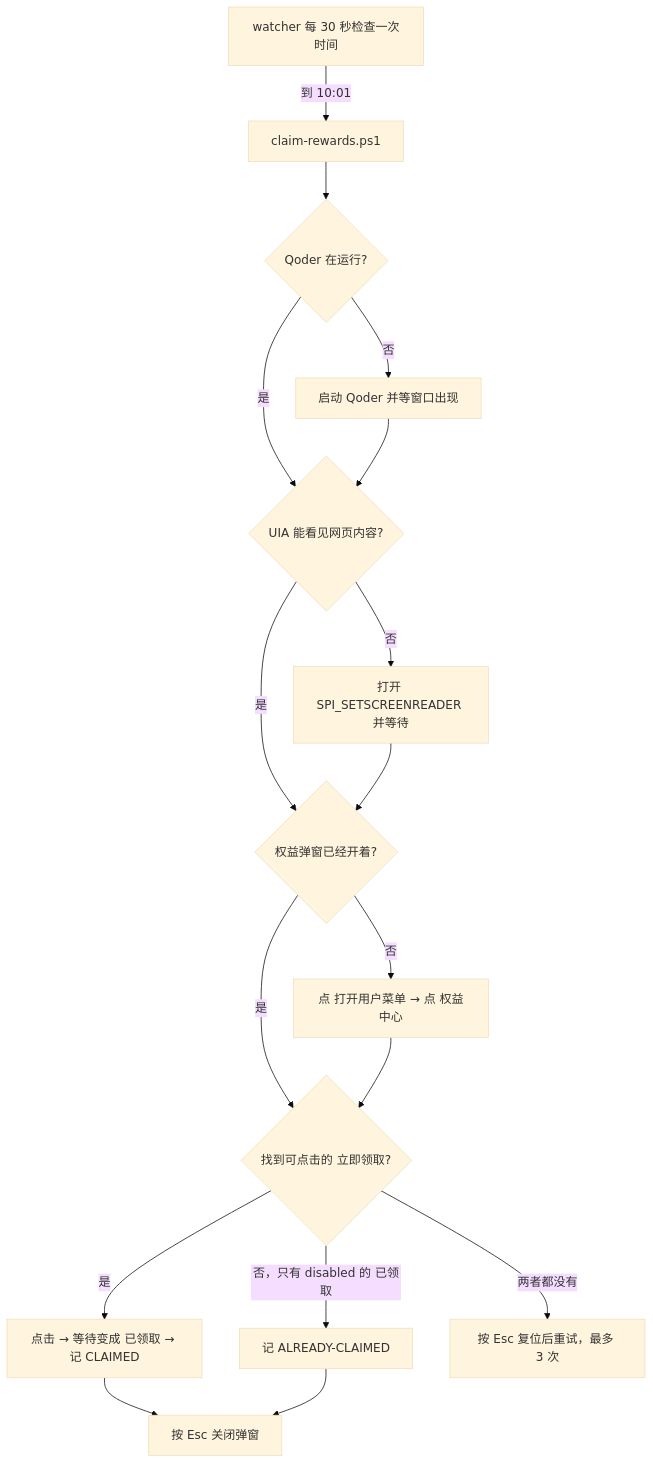
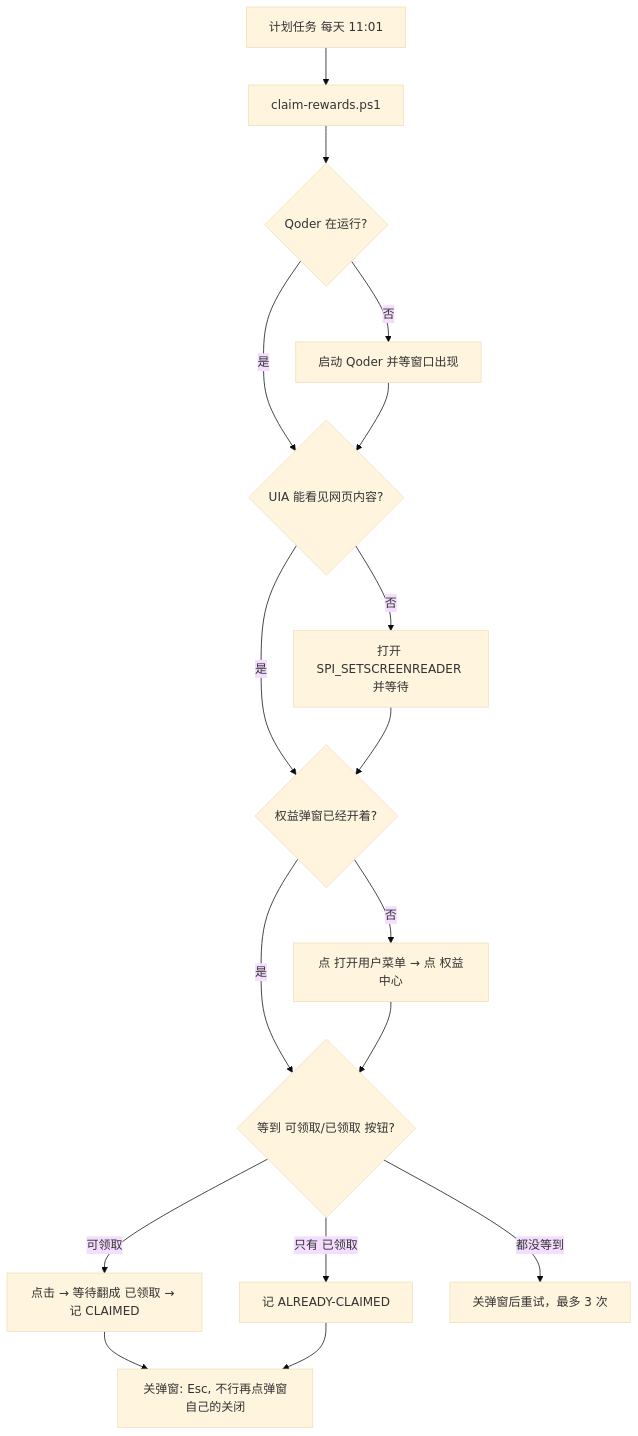
One commit to openclawzhangchong/qoder-daily-rewards changed the diagram in README.md. Above: the diagram before and after it, drawn with Mermaid (base theme). The commit also changed other lines of this file and 6 other files, not shown here.

````diff
--- a/README.md
+++ b/README.md
@@ -89,19 +119,19 @@
 ```mermaid
 flowchart TD
-    A[watcher 每 30 秒检查一次时间] -->|到 10:01| B[claim-rewards.ps1]
+    A[计划任务 每天 11:01] --> B[claim-rewards.ps1]
     B --> C{Qoder 在运行?}
     C -->|否| D[启动 Qoder 并等窗口出现]
     C -->|是| E
     D --> E{UIA 能看见网页内容?}
     E -->|否| F[打开 SPI_SETSCREENREADER 并等待]
     E -->|是| G
     F --> G{权益弹窗已经开着?}
     G -->|是| I
     G -->|否| H[点 打开用户菜单 → 点 权益中心]
-    H --> I{找到可点击的 立即领取?}
-    I -->|是| J[点击 → 等待变成 已领取 → 记 CLAIMED]
-    I -->|否，只有 disabled 的 已领取| K[记 ALREADY-CLAIMED]
-    I -->|两者都没有| L[按 Esc 复位后重试，最多 3 次]
-    J --> M[按 Esc 关闭弹窗]
+    H --> I{等到 可领取/已领取 按钮?}
+    I -->|可领取| J[点击 → 等待翻成 已领取 → 记 CLAIMED]
+    I -->|只有 已领取| K[记 ALREADY-CLAIMED]
+    I -->|都没等到| L[关弹窗后重试，最多 3 次]
+    J --> M[关弹窗: Esc, 不行再点弹窗自己的关闭]
     K --> M
 ```
````
